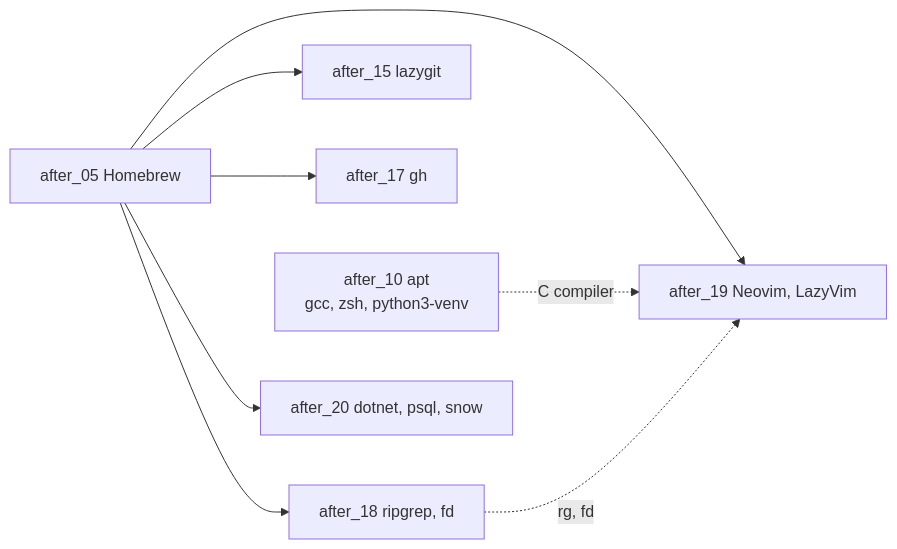
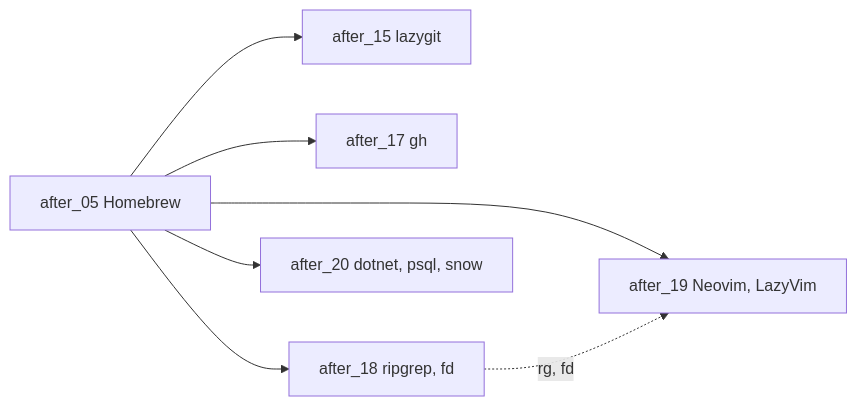
One commit to jvspeed74/dotfiles changed the fifth of 11 diagrams in ARCHITECTURE.md. Above: the diagram before and after it, drawn with Mermaid. The commit also changed other lines of this file and 21 other files, not shown here.

````diff
--- a/ARCHITECTURE.md
+++ b/ARCHITECTURE.md
@@ -194,11 +199,9 @@
 ```mermaid
 flowchart LR
-    A10["after_10 apt<br/>gcc, zsh, python3-venv"]
     A05["after_05 Homebrew"] --> A15["after_15 lazygit"]
     A05 --> A17["after_17 gh"]
     A05 --> A18["after_18 ripgrep, fd"]
     A05 --> A19["after_19 Neovim, LazyVim"]
     A05 --> A20["after_20 dotnet, psql, snow"]
-    A10 -.->|"C compiler"| A19
     A18 -.->|"rg, fd"| A19
 ```
````
